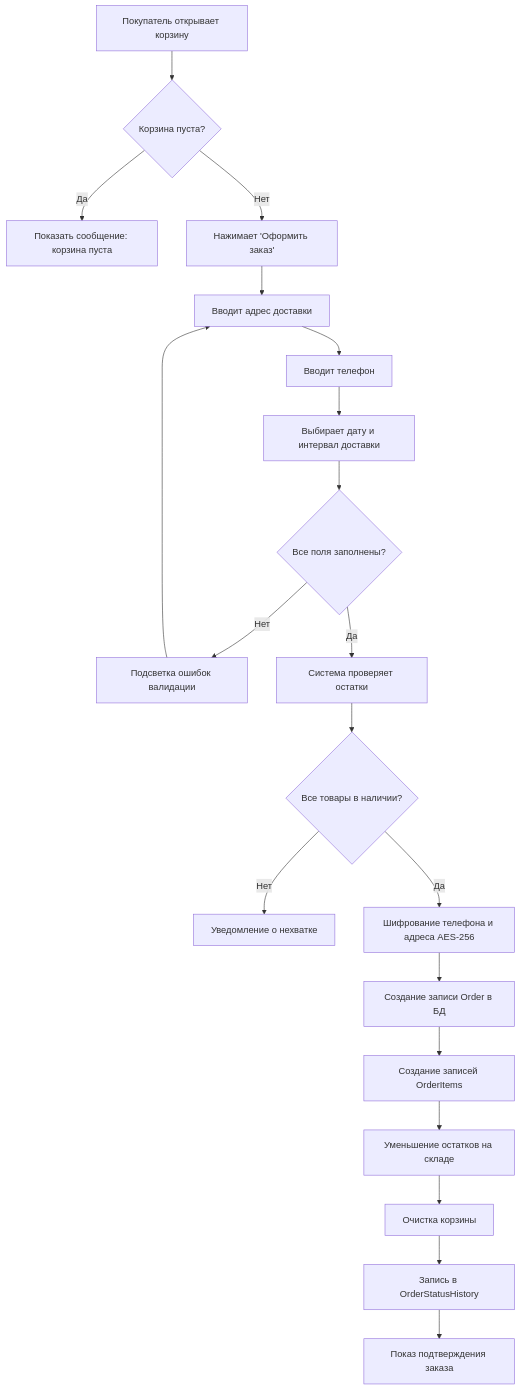
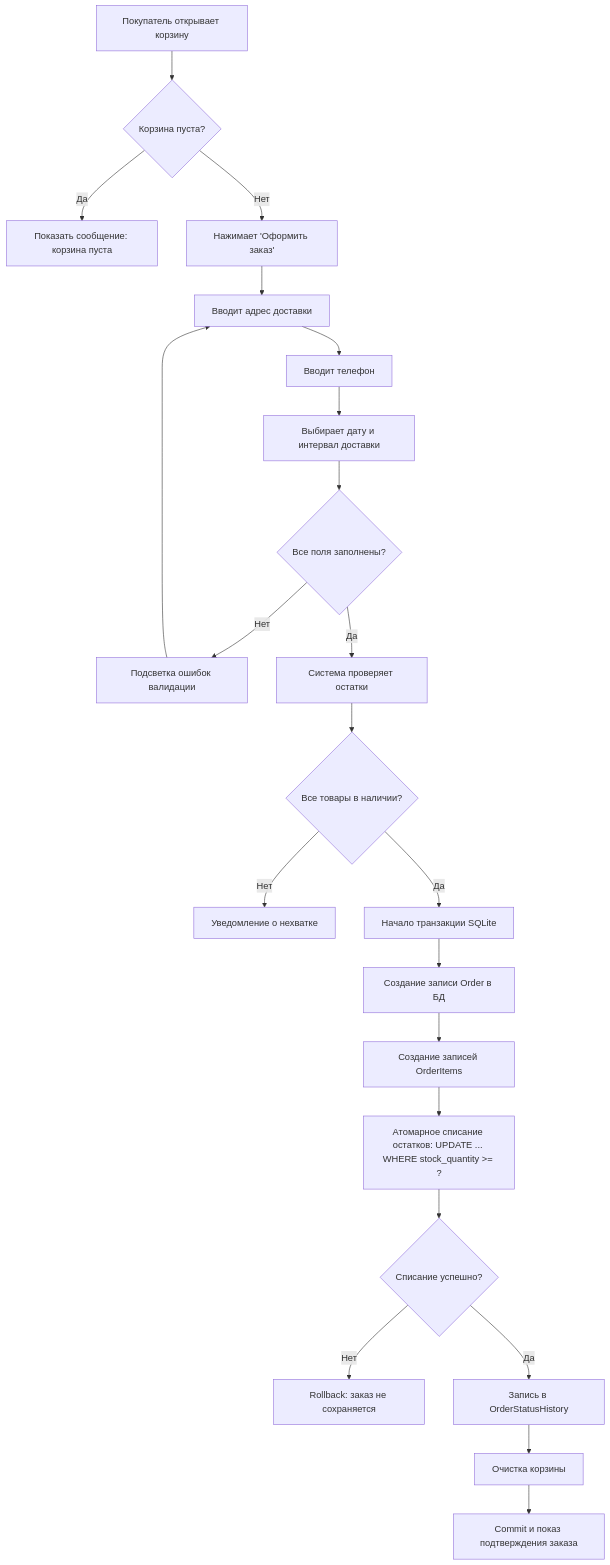
Before and after one commit to MaltsevArseny/Diplom_KST_New: the fifth of 6 diagrams in docs/ПОЯСНИТЕЛЬНАЯ_ЗАПИСКА.md, drawn with Mermaid. The commit also changed other lines of this file and 3 other files, not shown here.

````diff
--- a/docs/ПОЯСНИТЕЛЬНАЯ_ЗАПИСКА.md
+++ b/docs/ПОЯСНИТЕЛЬНАЯ_ЗАПИСКА.md
@@ -803,22 +828,24 @@
 ```mermaid
 flowchart TD
     A["Покупатель открывает корзину"] --> B{"Корзина пуста?"}
     B -- Да --> C["Показать сообщение: корзина пуста"]
     B -- Нет --> D["Нажимает 'Оформить заказ'"]
     D --> E["Вводит адрес доставки"]
     E --> F["Вводит телефон"]
     F --> G["Выбирает дату и интервал доставки"]
     G --> H{"Все поля заполнены?"}
     H -- Нет --> I["Подсветка ошибок валидации"]
     I --> E
     H -- Да --> J["Система проверяет остатки"]
     J --> K{"Все товары в наличии?"}
     K -- Нет --> L["Уведомление о нехватке"]
-    K -- Да --> M["Шифрование телефона и адреса AES-256"]
+    K -- Да --> M["Начало транзакции SQLite"]
     M --> N["Создание записи Order в БД"]
     N --> O["Создание записей OrderItems"]
-    O --> P["Уменьшение остатков на складе"]
-    P --> Q["Очистка корзины"]
-    Q --> R["Запись в OrderStatusHistory"]
-    R --> S["Показ подтверждения заказа"]
+    O --> P["Атомарное списание остатков: UPDATE ... WHERE stock_quantity >= ?"]
+    P --> Q{"Списание успешно?"}
+    Q -- Нет --> X["Rollback: заказ не сохраняется"]
+    Q -- Да --> R["Запись в OrderStatusHistory"]
+    R --> S["Очистка корзины"]
+    S --> T["Commit и показ подтверждения заказа"]
 ```
````
